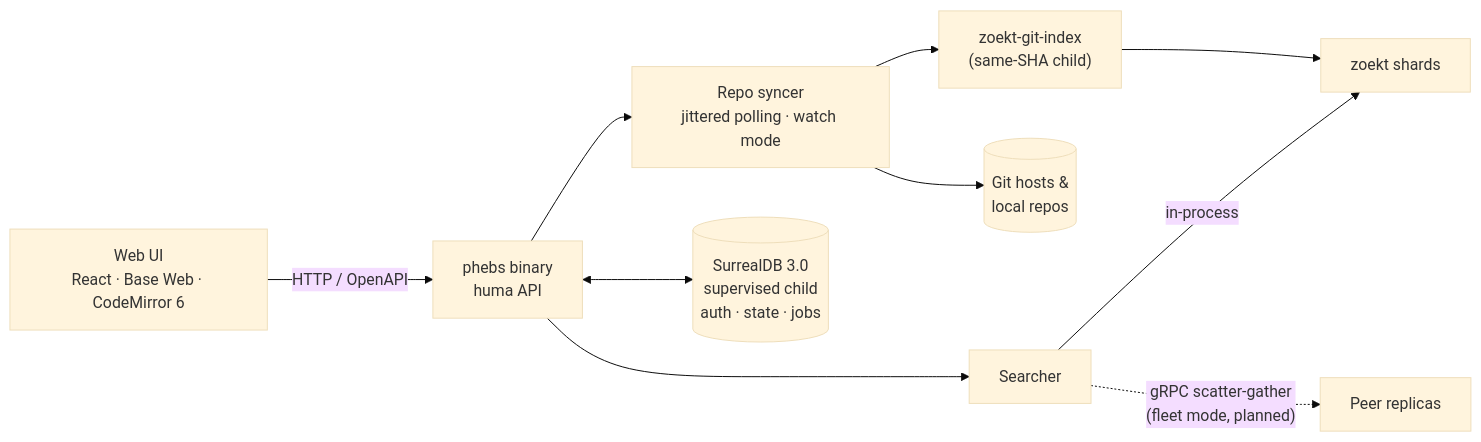
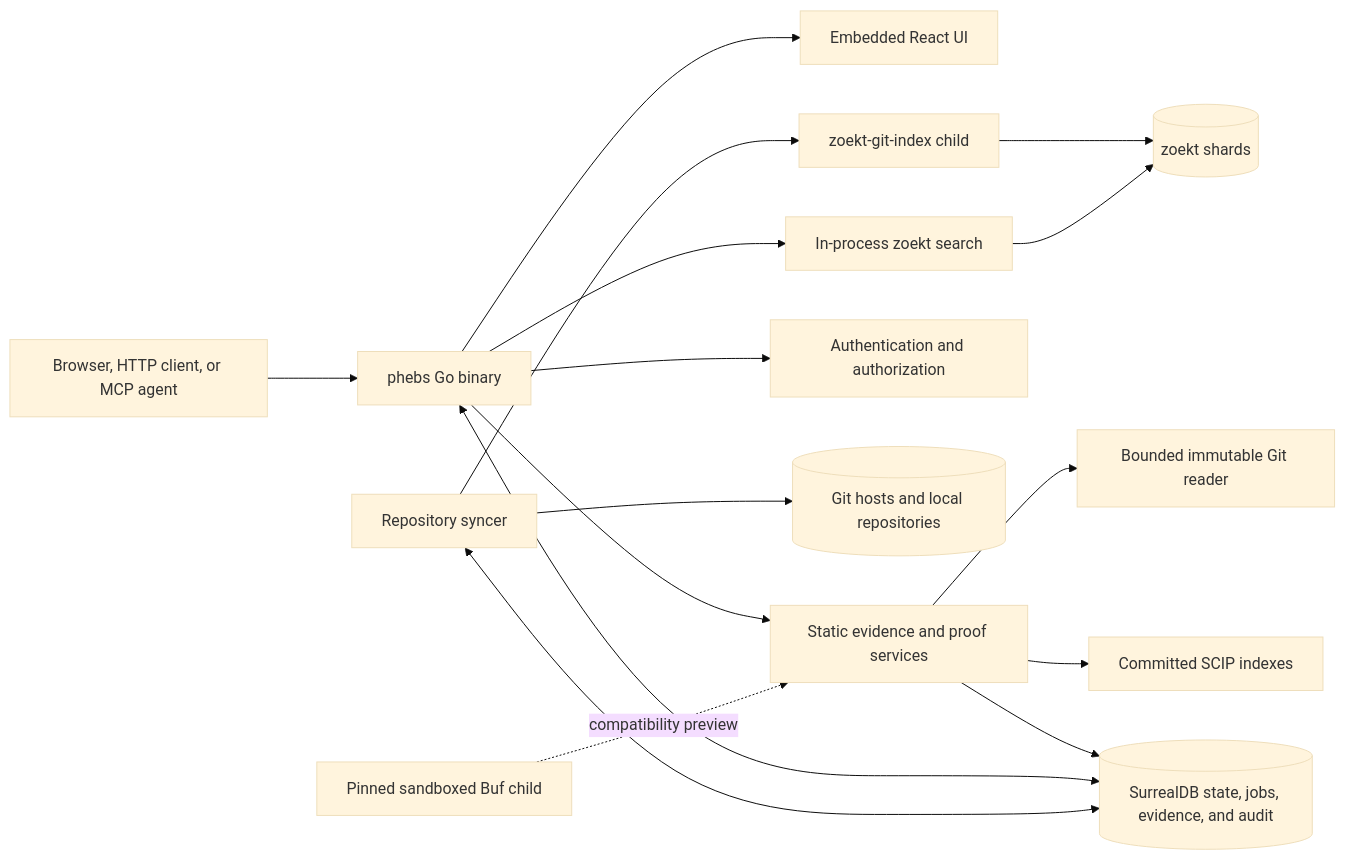
The diagram in README.md (bmeddeb/phebs), drawn with Mermaid (base theme) before and after one commit. The commit also changed other lines of this file and 7 other files, not shown here.

````diff
--- a/README.md
+++ b/README.md
@@ -104,12 +313,22 @@
 ```mermaid
 flowchart LR
-    UI["Web UI<br/>React · Base Web · CodeMirror 6"] -->|"HTTP / OpenAPI"| API["phebs binary<br/>huma API"]
-    API --> COORD["Searcher"]
-    COORD -->|"in-process"| ZK["zoekt shards"]
-    API --> SYNC["Repo syncer<br/>jittered polling · watch mode"]
-    SYNC --> GIT[("Git hosts &<br/>local repos")]
-    SYNC --> IDX["zoekt-git-index<br/>(same-SHA child)"]
-    IDX --> ZK
-    API <--> DB[("SurrealDB 3.0<br/>supervised child<br/>auth · state · jobs")]
-    COORD -.->|"gRPC scatter-gather<br/>(fleet mode, planned)"| PEERS["Peer replicas"]
+    User["Browser, HTTP client, or MCP agent"] --> API["phebs Go binary"]
+
+    API --> UI["Embedded React UI"]
+    API --> Search["In-process zoekt search"]
+    API --> Evidence["Static evidence and proof services"]
+    API --> Auth["Authentication and authorization"]
+
+    Sync["Repository syncer"] --> Git[("Git hosts and local repositories")]
+    Sync --> Indexer["zoekt-git-index child"]
+    Indexer --> Shards[("zoekt shards")]
+    Search --> Shards
+
+    Evidence --> Objects["Bounded immutable Git reader"]
+    Evidence --> SCIP["Committed SCIP indexes"]
+    Evidence --> Store[("SurrealDB state, jobs, evidence, and audit")]
+
+    API <--> Store
+    Sync <--> Store
+    Buf["Pinned sandboxed Buf child"] -. compatibility preview .-> Evidence
 ```
````
